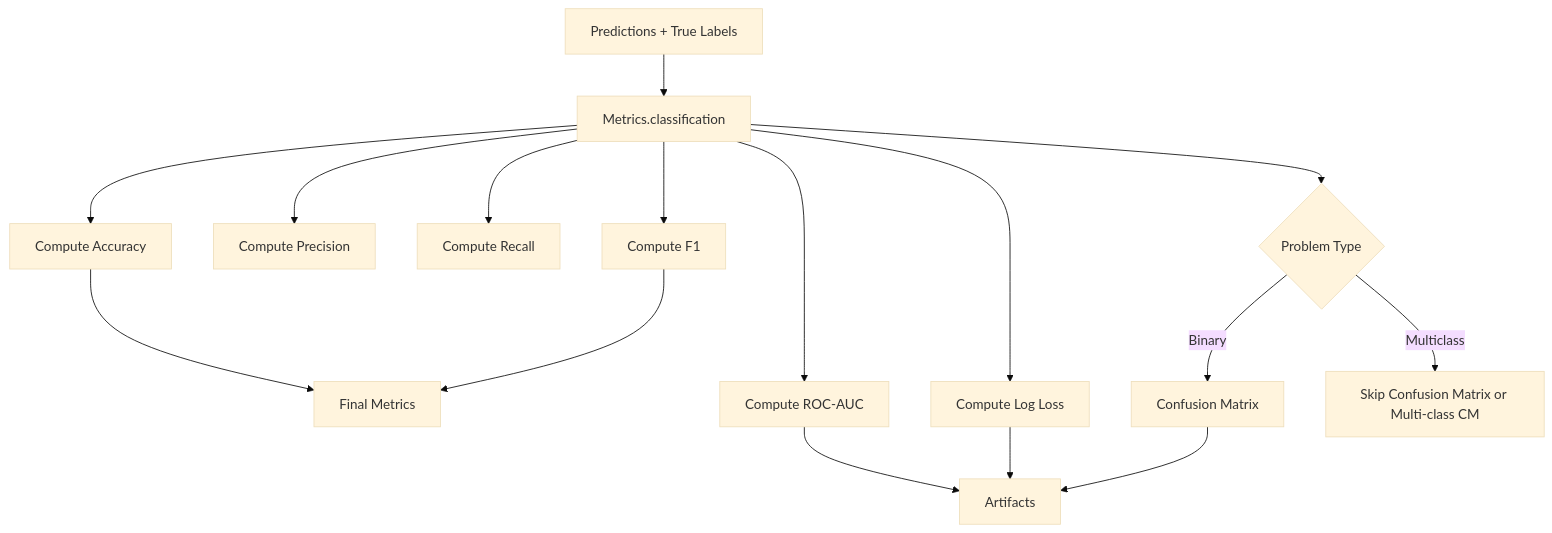
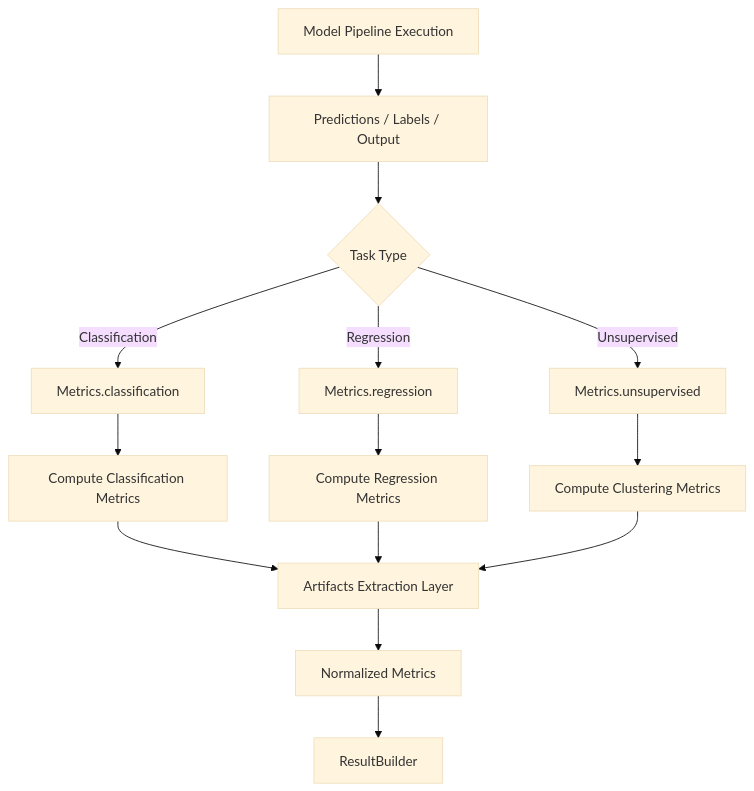
One commit to abhinavssingh/python-learnings changed the first of 2 diagrams in lib/utility/machinelearning/evaluation/METRICS.md. Above: the diagram before and after it, drawn with Mermaid (base theme). The commit also changed other lines of this file and 17 other files, not shown here.

````diff
--- a/lib/utility/machinelearning/evaluation/METRICS.md
+++ b/lib/utility/machinelearning/evaluation/METRICS.md
@@ -21,25 +28,22 @@
 ```mermaid
 flowchart TD
 
-    A[Predictions + True Labels] --> B[Metrics.classification]
+    A[Model Pipeline Execution] --> B[Predictions / Labels / Output]
 
-    B --> C[Compute Accuracy]
-    B --> D[Compute Precision]
-    B --> E[Compute Recall]
-    B --> F[Compute F1]
+    B --> C{Task Type}
 
-    B --> G[Compute ROC-AUC]
-    B --> H[Compute Log Loss]
+    C -->|Classification| D[Metrics.classification]
+    C -->|Regression| E[Metrics.regression]
+    C -->|Unsupervised| F[Metrics.unsupervised]
 
-    B --> I{Problem Type}
+    D --> G[Compute Classification Metrics]
+    E --> H[Compute Regression Metrics]
+    F --> I[Compute Clustering Metrics]
 
-    I -->|Binary| J[Confusion Matrix]
-    I -->|Multiclass| K[Skip Confusion Matrix or Multi-class CM]
+    G --> J[Artifacts Extraction Layer]
+    H --> J
+    I --> J
 
-    J --> L[Artifacts]
-    G --> L
-    H --> L
-
-    C --> M[Final Metrics]
-    F --> M
+    J --> K[Normalized Metrics]
+    K --> L[ResultBuilder]
 ```
````
